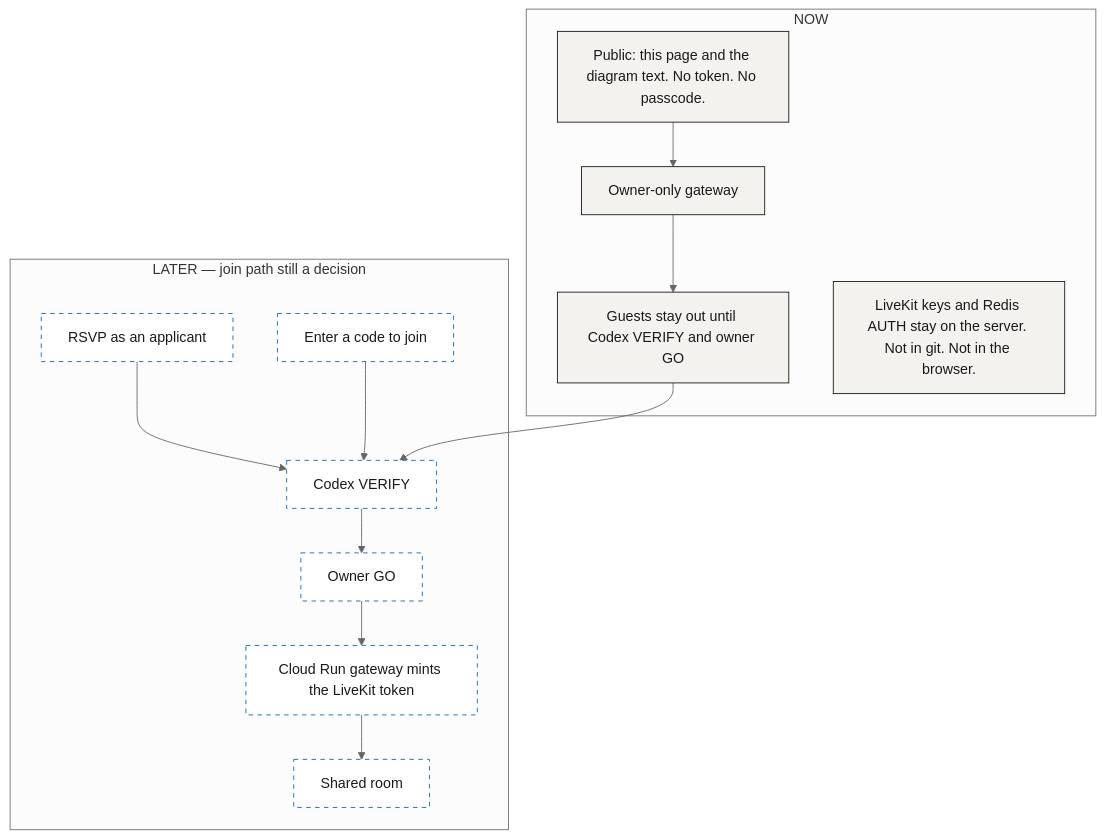
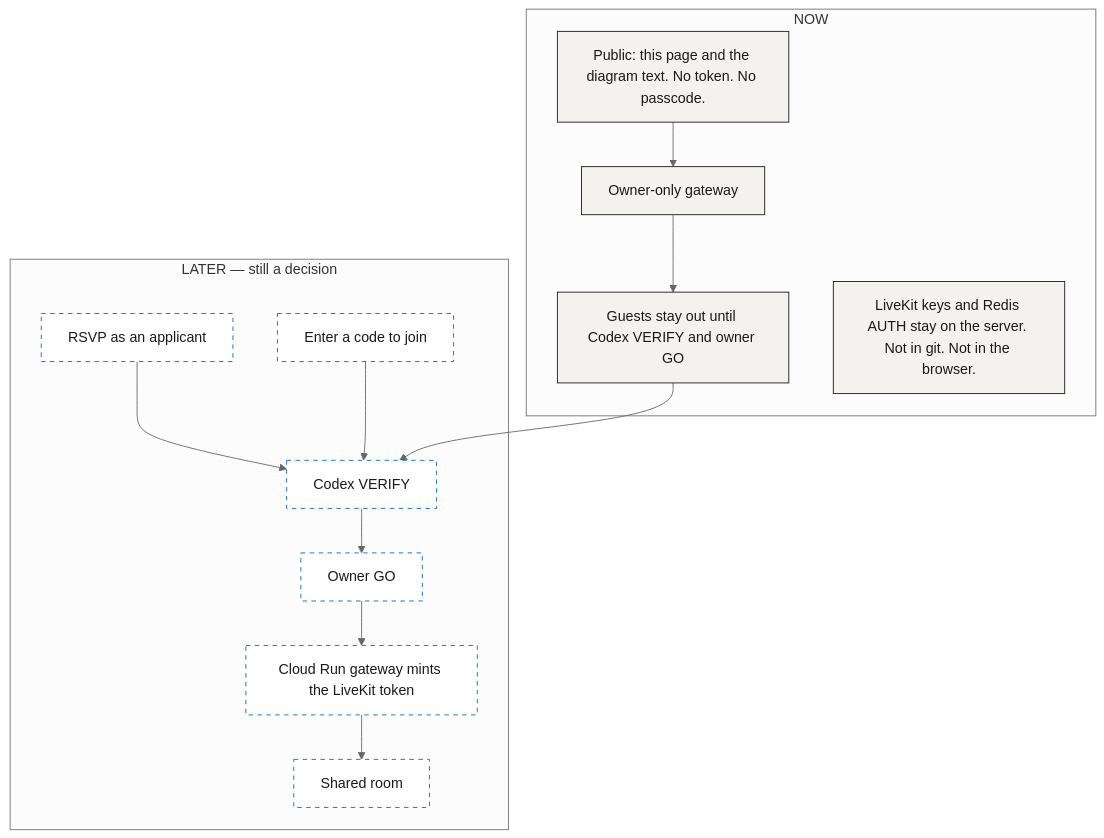
The diagram in floor/diagrams/call-access.mmd (sfdc-24/sfdc24-site), drawn with Mermaid (neutral theme) before and after one commit. The commit also changed 12 other files, not shown here.

First line of the commit message:
Crop the call diagrams and show each agent role in full.

```diff
--- a/floor/diagrams/call-access.mmd
+++ b/floor/diagrams/call-access.mmd
@@ -1,31 +1,31 @@
 flowchart TB
   classDef now fill:#F3F2EF,stroke:#191919,color:#191919;
   classDef later fill:#FFFFFF,stroke:#0A66C2,color:#191919,stroke-dasharray: 5 5;
 
   subgraph nowbox["NOW"]
     public["Public: this page and the diagram text. No token. No passcode."]
     gateway["Owner-only gateway"]
     guests["Guests stay out until Codex VERIFY and owner GO"]
     secrets["LiveKit keys and Redis AUTH stay on the server. Not in git. Not in the browser."]
   end
 
-  subgraph laterbox["LATER — join path still a decision"]
+  subgraph laterbox["LATER — still a decision"]
     rsvp["RSVP as an applicant"]
     code["Enter a code to join"]
     verify["Codex VERIFY"]
     go["Owner GO"]
     token["Cloud Run gateway mints the LiveKit token"]
     room["Shared room"]
   end
 
   public --> gateway
   gateway --> guests
   rsvp --> verify
   code --> verify
   guests --> verify
   verify --> go
   go --> token
   token --> room
 
   class public,gateway,guests,secrets now;
   class rsvp,code,verify,go,token,room later;
```
